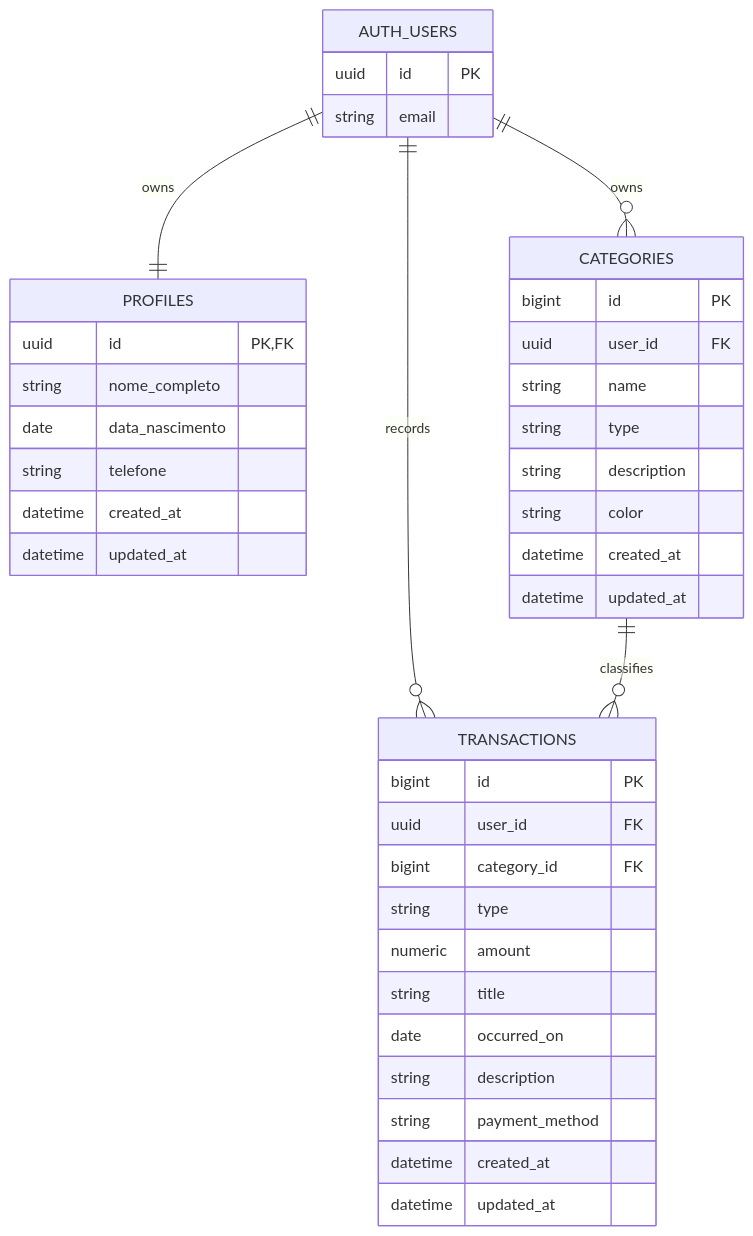
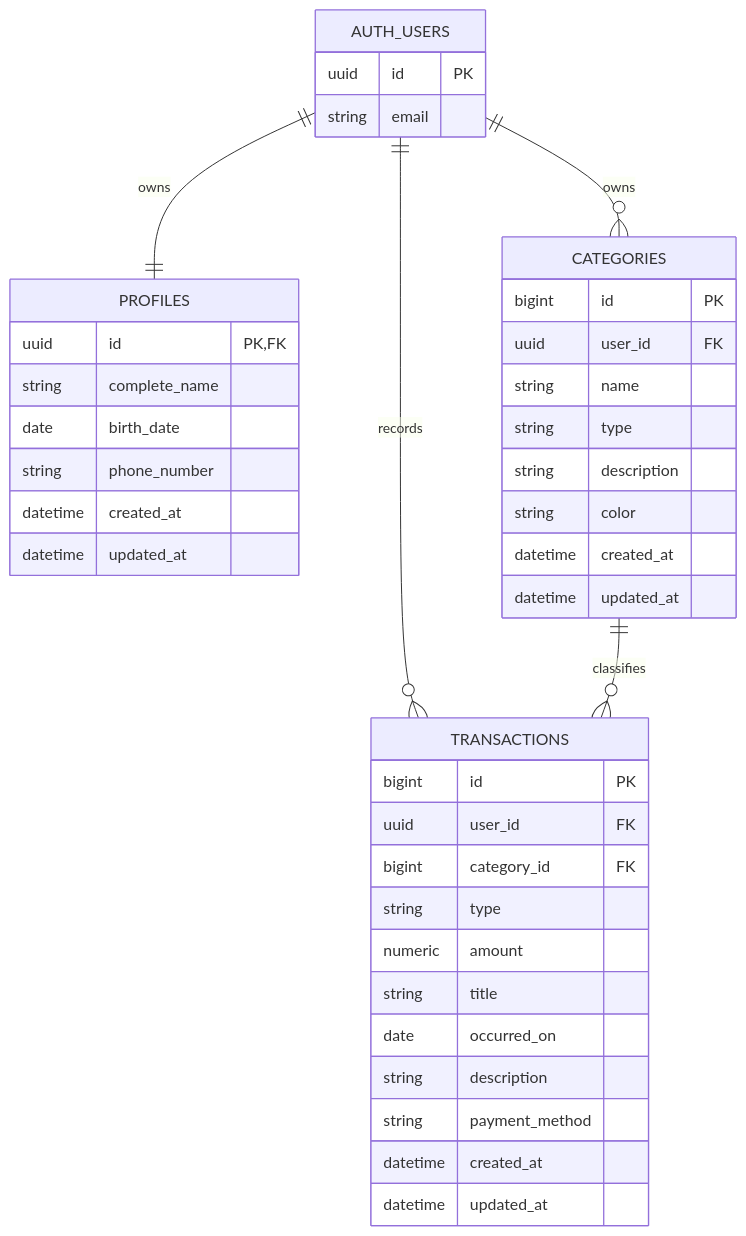
The diagram in docs/database-schema.md (MViniciusCoffe/SpendSmart), drawn with Mermaid before and after one commit. The commit also changed other lines of this file, not shown here.

````diff
--- a/docs/database-schema.md
+++ b/docs/database-schema.md
@@ -119,46 +119,46 @@
 ```mermaid
 erDiagram
   AUTH_USERS {
     uuid id PK
     string email
   }
 
   PROFILES {
     uuid id PK, FK
-    string nome_completo
-    date data_nascimento
-    string telefone
+    string complete_name
+    date birth_date
+    string phone_number
     datetime created_at
     datetime updated_at
   }
 
   CATEGORIES {
     bigint id PK
     uuid user_id FK
     string name
     string type
     string description
     string color
     datetime created_at
     datetime updated_at
   }
 
   TRANSACTIONS {
     bigint id PK
     uuid user_id FK
     bigint category_id FK
     string type
     numeric amount
     string title
     date occurred_on
     string description
     string payment_method
     datetime created_at
     datetime updated_at
   }
 
   AUTH_USERS ||--|| PROFILES : owns
   AUTH_USERS ||--o{ CATEGORIES : owns
   AUTH_USERS ||--o{ TRANSACTIONS : records
   CATEGORIES ||--o{ TRANSACTIONS : classifies
 ```
````
